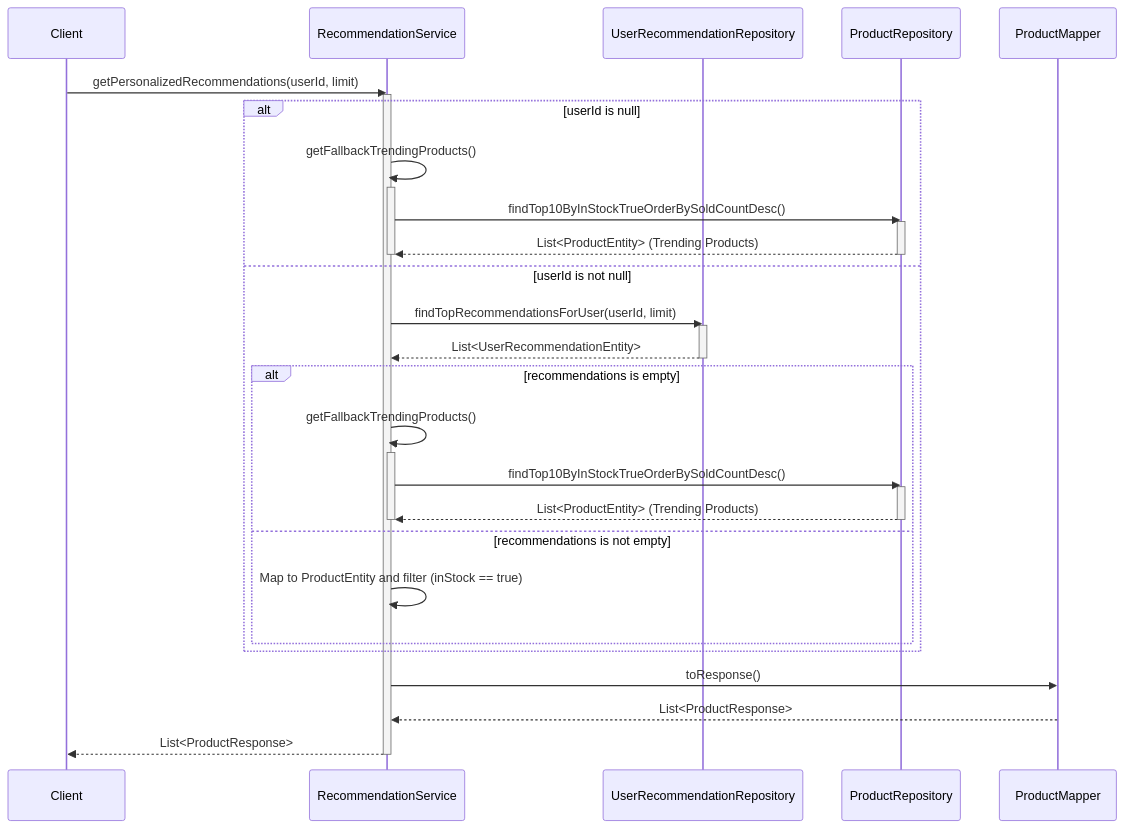
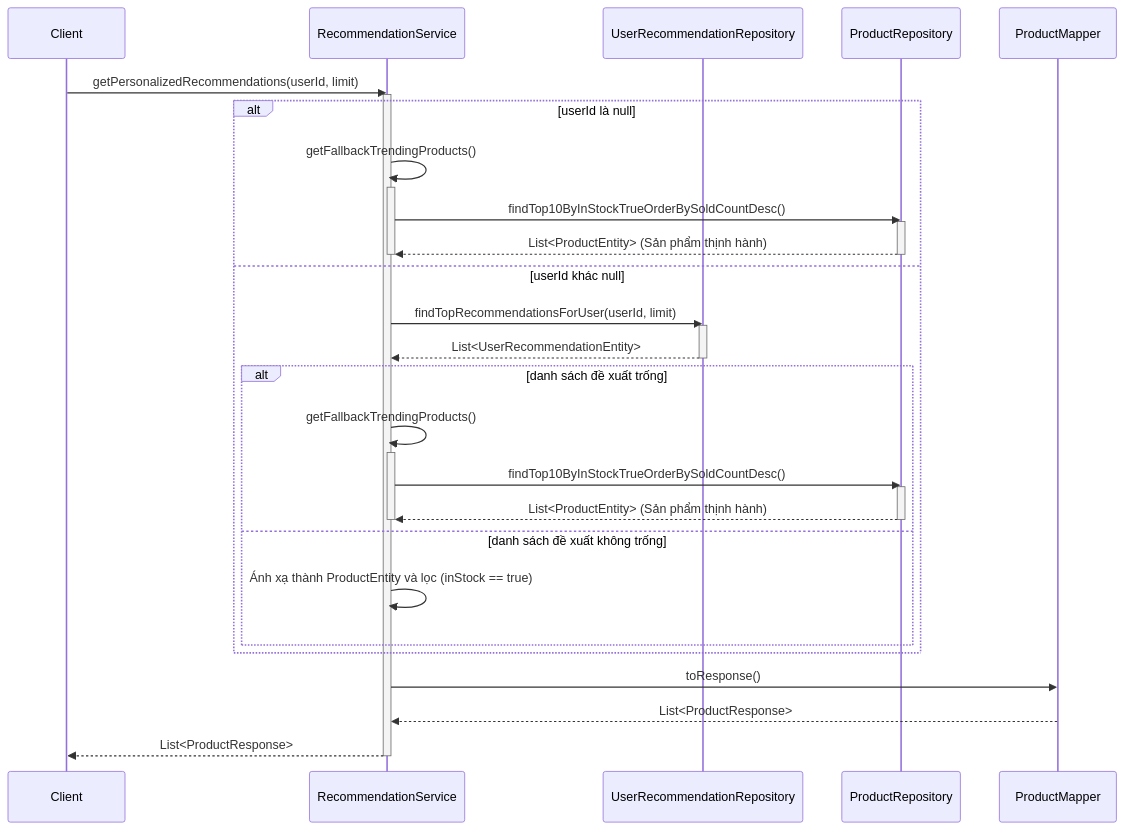
Before and after one commit to aquoc09/easymall: the first of 3 diagrams in .agent/sequence/recommendation_service_sequence_diagrams.md, drawn with Mermaid. The commit also changed other lines of this file and 18 other files, not shown here.

Commit message:
UPDATE: Sequence diagram vietnamese

````diff
--- a/.agent/sequence/recommendation_service_sequence_diagrams.md
+++ b/.agent/sequence/recommendation_service_sequence_diagrams.md
@@ -7,44 +7,44 @@
 ```mermaid
 sequenceDiagram
     participant Client
     participant RecommendationService
     participant UserRecommendationRepository
     participant ProductRepository
     participant ProductMapper
 
     Client->>RecommendationService: getPersonalizedRecommendations(userId, limit)
     activate RecommendationService
 
-    alt userId is null
+    alt userId là null
         RecommendationService->>RecommendationService: getFallbackTrendingProducts()
         activate RecommendationService
         RecommendationService->>ProductRepository: findTop10ByInStockTrueOrderBySoldCountDesc()
         activate ProductRepository
-        ProductRepository-->>RecommendationService: List<ProductEntity> (Trending Products)
+        ProductRepository-->>RecommendationService: List<ProductEntity> (Sản phẩm thịnh hành)
         deactivate ProductRepository
         deactivate RecommendationService
-    else userId is not null
+    else userId khác null
         RecommendationService->>UserRecommendationRepository: findTopRecommendationsForUser(userId, limit)
         activate UserRecommendationRepository
         UserRecommendationRepository-->>RecommendationService: List<UserRecommendationEntity>
         deactivate UserRecommendationRepository
 
-        alt recommendations is empty
+        alt danh sách đề xuất trống
             RecommendationService->>RecommendationService: getFallbackTrendingProducts()
             activate RecommendationService
             RecommendationService->>ProductRepository: findTop10ByInStockTrueOrderBySoldCountDesc()
             activate ProductRepository
-            ProductRepository-->>RecommendationService: List<ProductEntity> (Trending Products)
+            ProductRepository-->>RecommendationService: List<ProductEntity> (Sản phẩm thịnh hành)
             deactivate ProductRepository
             deactivate RecommendationService
-        else recommendations is not empty
-            RecommendationService->>RecommendationService: Map to ProductEntity and filter (inStock == true)
+        else danh sách đề xuất không trống
+            RecommendationService->>RecommendationService: Ánh xạ thành ProductEntity và lọc (inStock == true)
         end
     end
 
     RecommendationService->>ProductMapper: toResponse()
     ProductMapper-->>RecommendationService: List<ProductResponse>
 
     RecommendationService-->>Client: List<ProductResponse>
     deactivate RecommendationService
 ```
````
